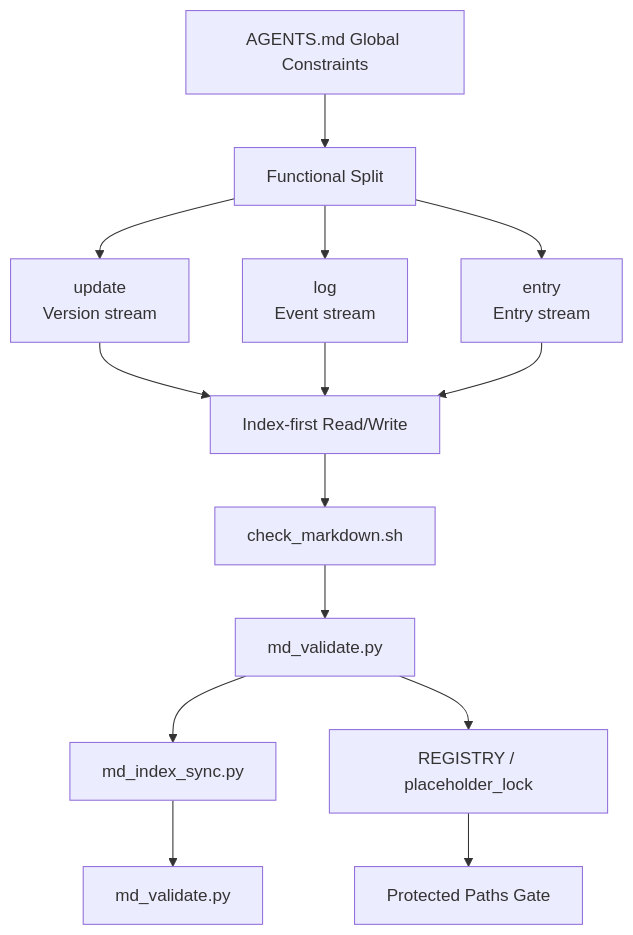
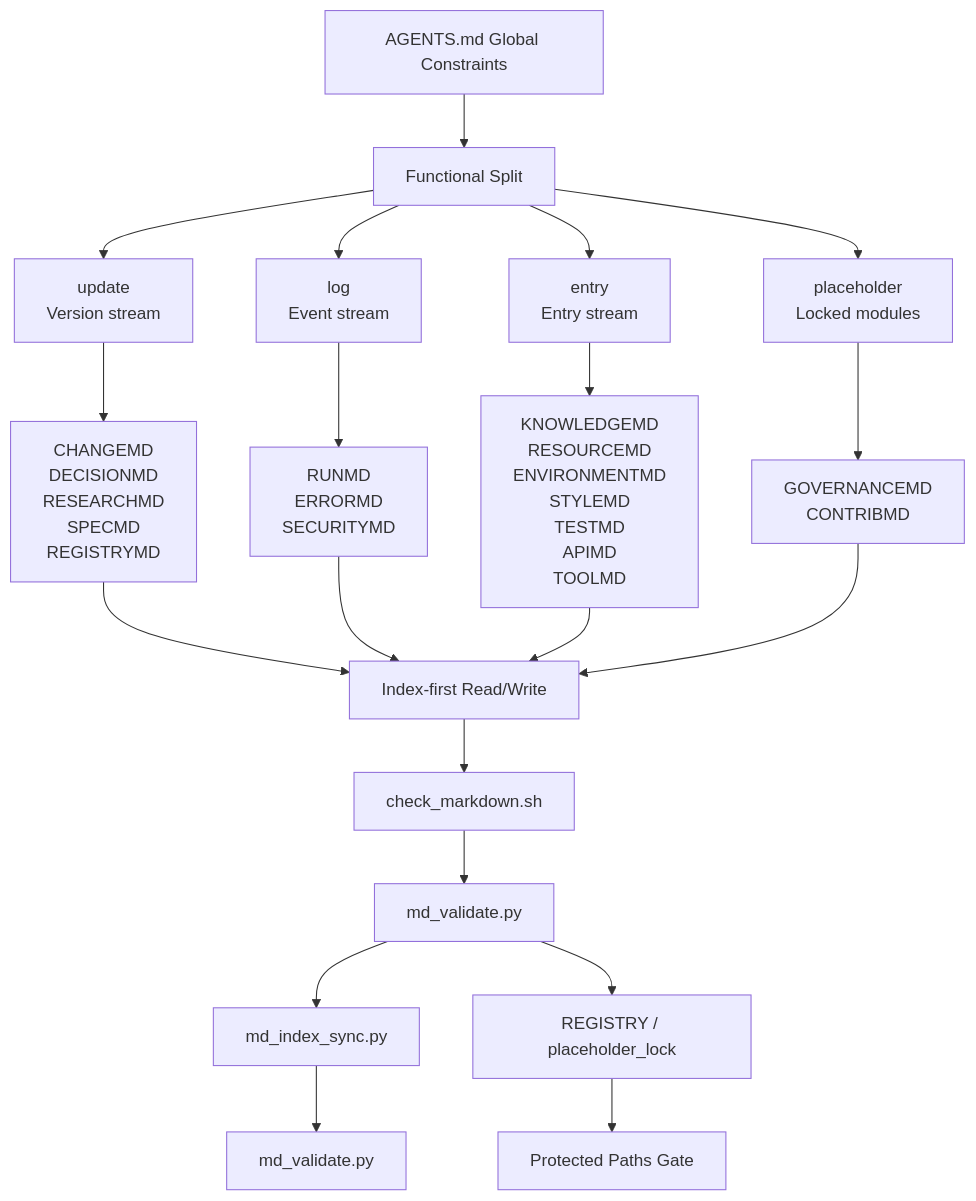
The first of 2 diagrams in README.md (AIALRA-0/AGENTSMD), drawn with Mermaid before and after one commit. The commit also changed other lines of this file, not shown here.

Commit message:
docs: map departments under each flow in diagrams and mode section

````diff
--- a/README.md
+++ b/README.md
@@ -38,19 +38,26 @@
 ```mermaid
 flowchart TD
   A[AGENTS.md Global Constraints] --> B[Functional Split]
   B --> B1[update<br/>Version stream]
   B --> B2[log<br/>Event stream]
   B --> B3[entry<br/>Entry stream]
+  B --> BP[placeholder<br/>Locked modules]
 
-  B1 --> C[Index-first Read/Write]
-  B2 --> C
-  B3 --> C
+  B1 --> U1[CHANGEMD<br/>DECISIONMD<br/>RESEARCHMD<br/>SPECMD<br/>REGISTRYMD]
+  B2 --> U2[RUNMD<br/>ERRORMD<br/>SECURITYMD]
+  B3 --> U3[KNOWLEDGEMD<br/>RESOURCEMD<br/>ENVIRONMENTMD<br/>STYLEMD<br/>TESTMD<br/>APIMD<br/>TOOLMD]
+  BP --> U4[GOVERNANCEMD<br/>CONTRIBMD]
+
+  U1 --> C[Index-first Read/Write]
+  U2 --> C
+  U3 --> C
+  U4 --> C
 
   C --> D[check_markdown.sh]
   D --> E[md_validate.py]
   E --> F[md_index_sync.py]
   F --> G[md_validate.py]
 
   E --> H[REGISTRY / placeholder_lock]
   H --> I[Protected Paths Gate]
 ```
````
